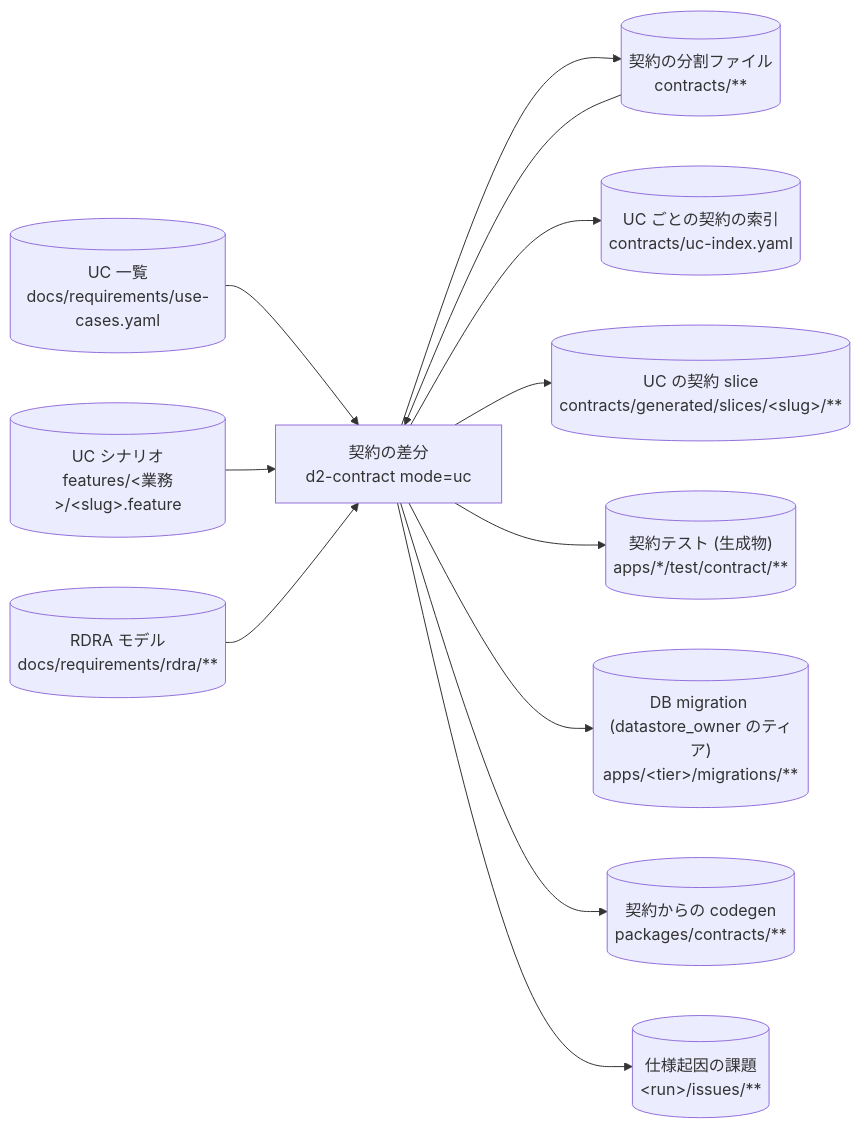
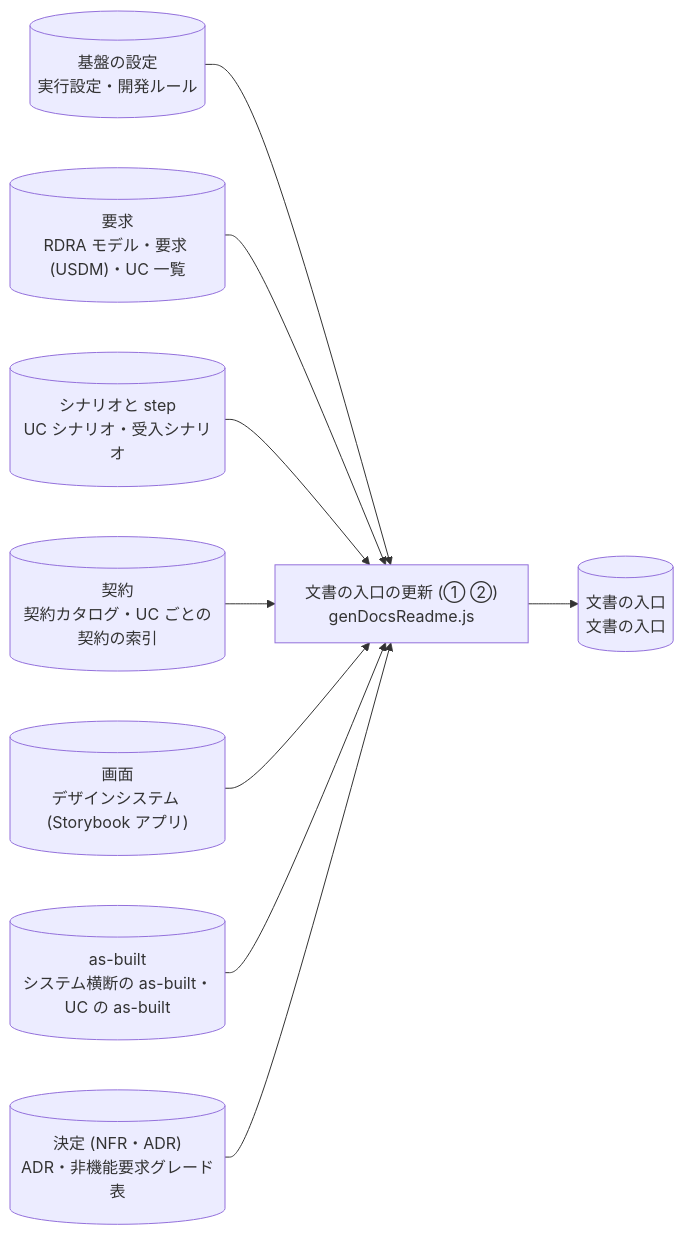
Before and after one commit to suwa-sh/suwa-sh-claude-plugins: the seventh of 40 diagrams in plugins/distillery2/skills/d2-common/references/dataflow.md, drawn with Mermaid. The commit also changed other lines of this file and 6 other files, not shown here.

First line of the commit message:
feat(distillery2): DFD の図を段階・処理ごとに分けて読める大きさにする (0.1.21)

````diff
--- a/plugins/distillery2/skills/d2-common/references/dataflow.md
+++ b/plugins/distillery2/skills/d2-common/references/dataflow.md
@@ -451,25 +194,20 @@
 ```mermaid
 flowchart LR
-  s_req_rdra[("RDRA モデル<br/>docs/requirements/rdra/**")]
-  s_use_cases[("UC 一覧<br/>docs/requirements/use-cases.yaml")]
-  s_contracts_src[("契約の分割ファイル<br/>contracts/**")]
-  s_uc_index[("UC ごとの契約の索引<br/>contracts/uc-index.yaml")]
-  s_contract_slice[("UC の契約 slice<br/>contracts/generated/slices/#lt;slug#gt;/**")]
-  s_contract_tests[("契約テスト (生成物)<br/>apps/*/test/contract/**")]
-  s_migrations[("DB migration (datastore_owner のティア)<br/>apps/#lt;tier#gt;/migrations/**")]
-  s_contracts_code[("契約からの codegen<br/>packages/contracts/**")]
-  s_feature[("UC シナリオ<br/>features/#lt;業務#gt;/#lt;slug#gt;.feature")]
-  s_issues[("仕様起因の課題<br/>#lt;run#gt;/issues/**")]
-  p_contract_uc["契約の差分<br/>d2-contract mode=uc"]
-  s_use_cases --> p_contract_uc
-  s_feature --> p_contract_uc
-  s_req_rdra --> p_contract_uc
-  s_contracts_src --> p_contract_uc
-  p_contract_uc --> s_contracts_src
-  p_contract_uc --> s_uc_index
-  p_contract_uc --> s_contract_slice
-  p_contract_uc --> s_contract_tests
-  p_contract_uc --> s_migrations
-  p_contract_uc --> s_contracts_code
-  p_contract_uc --> s_issues
+  p_run_early_docs_readme["文書の入口の更新 (① ②)<br/>genDocsReadme.js"]
+  g_settings[("基盤の設定<br/>実行設定・開発ルール")]
+  g_requirements[("要求<br/>RDRA モデル・要求 (USDM)・UC 一覧")]
+  g_scenarios[("シナリオと step<br/>UC シナリオ・受入シナリオ")]
+  g_contracts[("契約<br/>契約カタログ・UC ごとの契約の索引")]
+  g_design[("画面<br/>デザインシステム (Storybook アプリ)")]
+  g_asbuilt[("as-built<br/>システム横断の as-built・UC の as-built")]
+  g_decisions[("決定 (NFR・ADR)<br/>ADR・非機能要求グレード表")]
+  g_docs[("文書の入口<br/>文書の入口")]
+  g_settings --> p_run_early_docs_readme
+  g_requirements --> p_run_early_docs_readme
+  g_scenarios --> p_run_early_docs_readme
+  g_contracts --> p_run_early_docs_readme
+  g_design --> p_run_early_docs_readme
+  g_asbuilt --> p_run_early_docs_readme
+  g_decisions --> p_run_early_docs_readme
+  p_run_early_docs_readme --> g_docs
 ```
````
